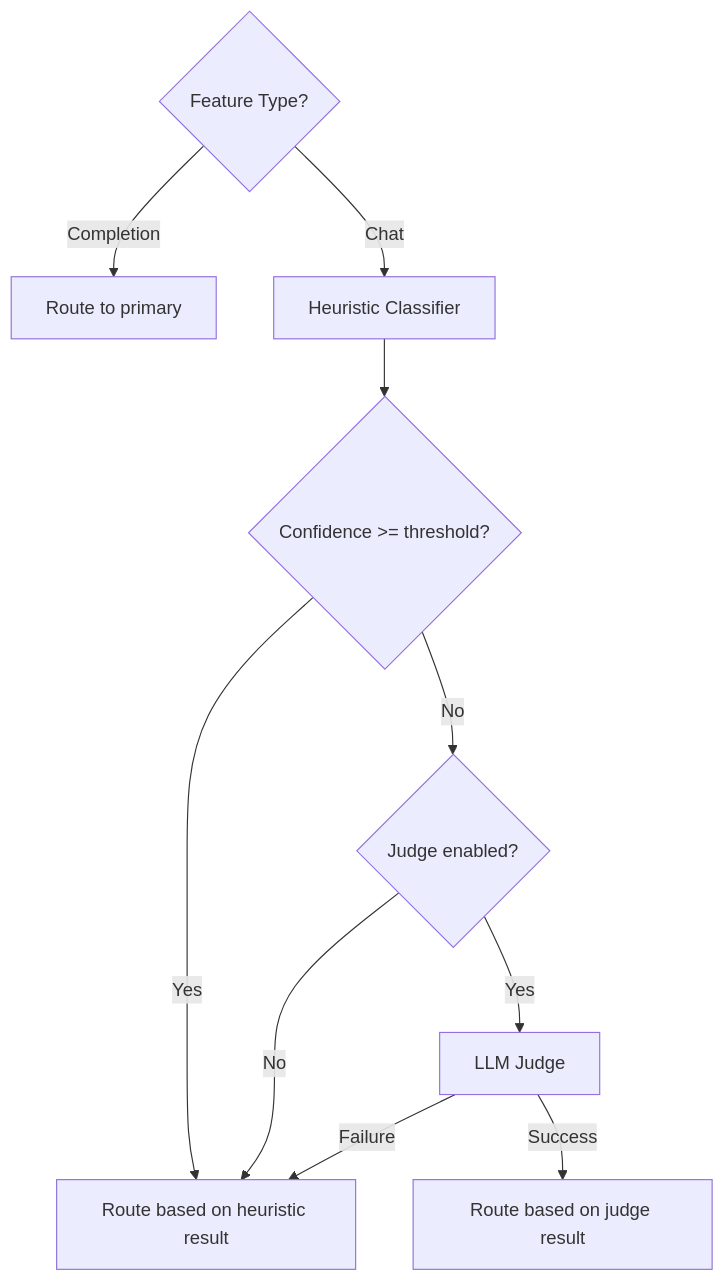
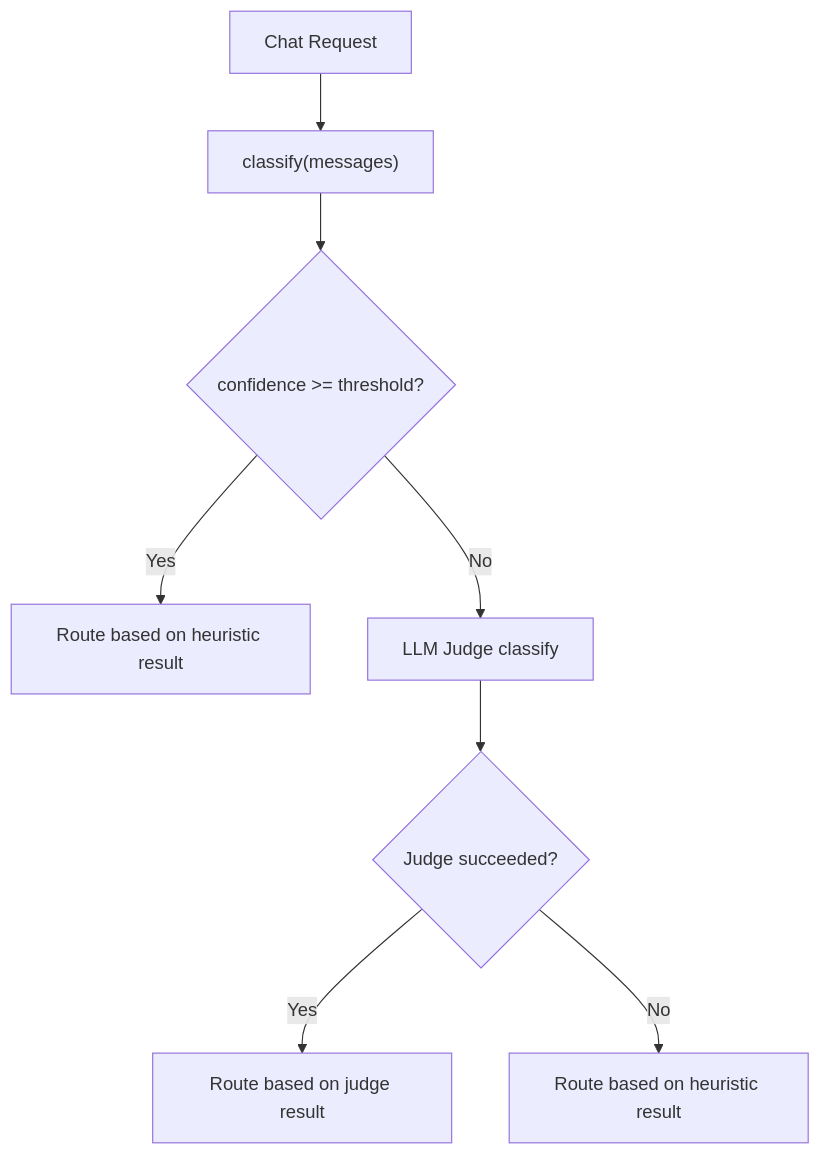
Before and after one commit to thsfranca/rex: the diagram in docs/specs/phase-3-llm-judge-fallback.md, drawn with Mermaid. The commit also changed other lines of this file and 6 other files, not shown here.

````diff
--- a/docs/specs/phase-3-llm-judge-fallback.md
+++ b/docs/specs/phase-3-llm-judge-fallback.md
@@ -156,13 +25,10 @@
 ```mermaid
 flowchart TD
-    Feature{Feature Type?}
-    Feature -->|Completion| Primary[Route to primary]
-    Feature -->|Chat| Heuristics[Heuristic Classifier]
-    Heuristics --> ConfCheck{Confidence >= threshold?}
-    ConfCheck -->|Yes| Route[Route based on heuristic result]
-    ConfCheck -->|No| JudgeEnabled{Judge enabled?}
-    JudgeEnabled -->|No| Route
-    JudgeEnabled -->|Yes| Judge[LLM Judge]
-    Judge -->|Success| RouteJudge[Route based on judge result]
-    Judge -->|Failure| Route
+    Request[Chat Request] --> Heuristics["classify(messages)"]
+    Heuristics --> CheckConf{confidence >= threshold?}
+    CheckConf -->|Yes| Route[Route based on heuristic result]
+    CheckConf -->|No| Judge["LLM Judge classify"]
+    Judge --> JudgeOK{Judge succeeded?}
+    JudgeOK -->|Yes| RouteJudge[Route based on judge result]
+    JudgeOK -->|No| RouteFallback[Route based on heuristic result]
 ```
````
